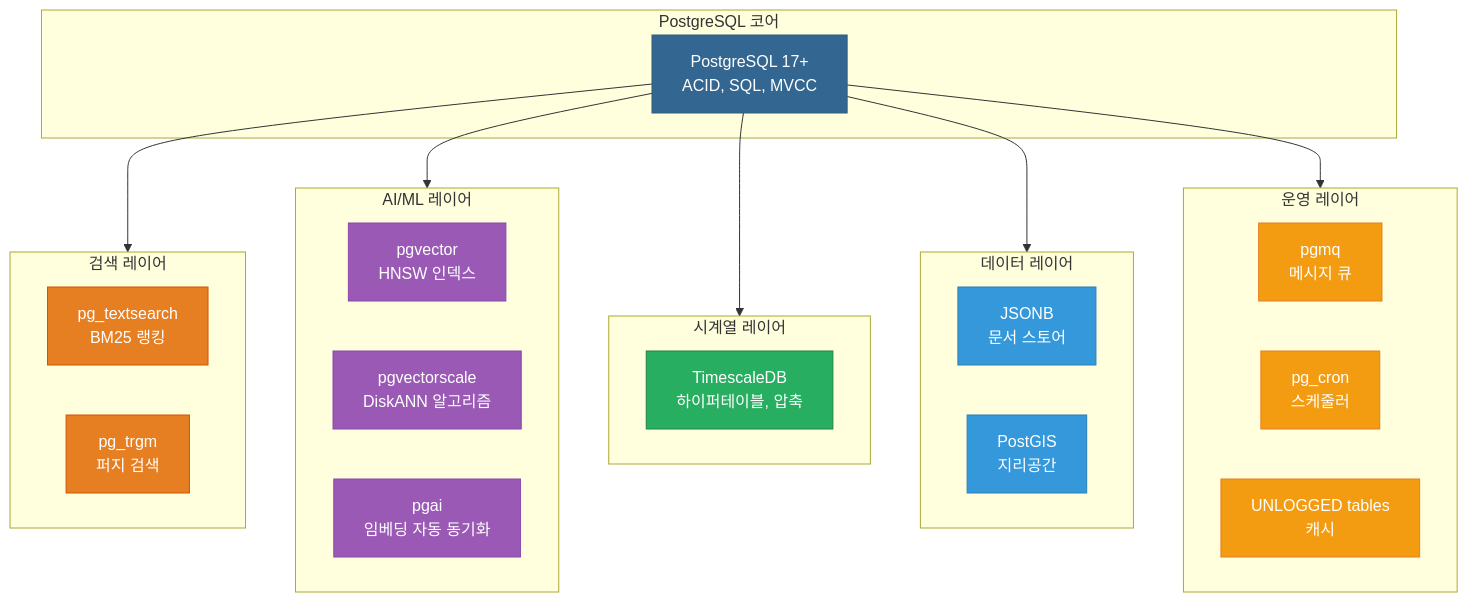
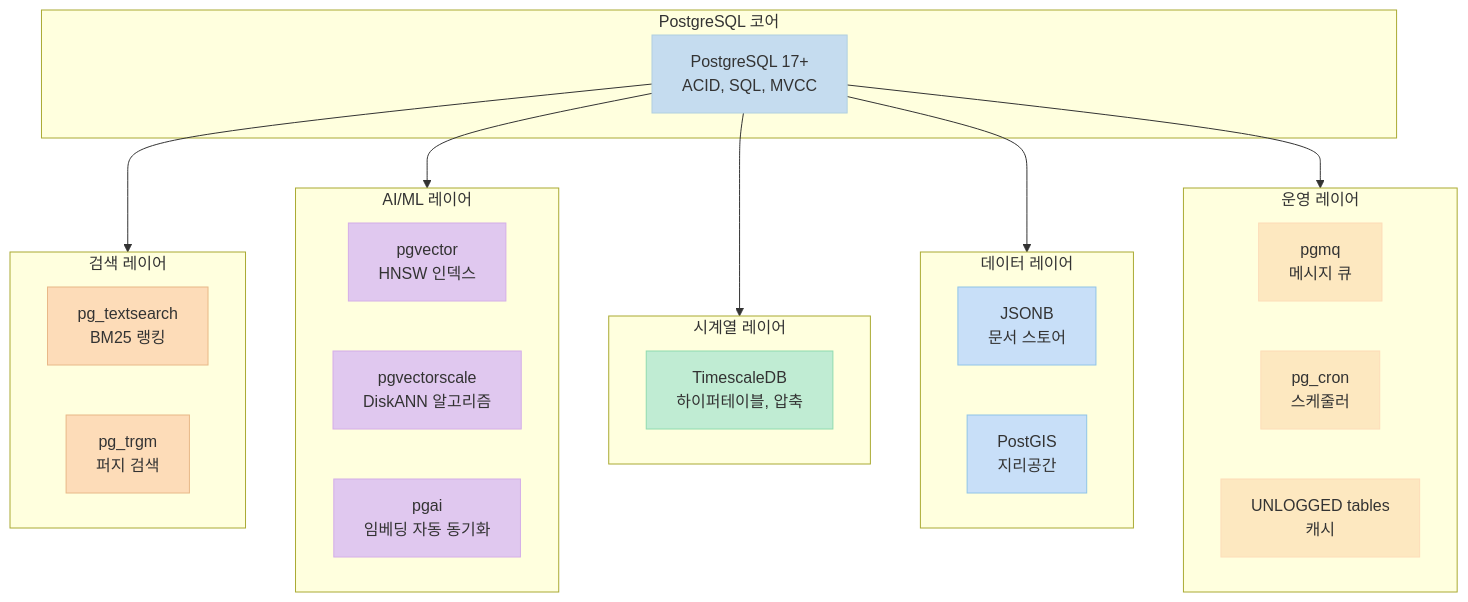
The eighth of 8 diagrams in content/post/2026/2026-03-08-just-use-postgres-2026.md (gyuha/blog), drawn with Mermaid before and after one commit. The commit also changed other lines of this file and 1 other file, not shown here.

````diff
--- a/content/post/2026/2026-03-08-just-use-postgres-2026.md
+++ b/content/post/2026/2026-03-08-just-use-postgres-2026.md
@@ -705,51 +705,51 @@
 ```mermaid
 flowchart TD
     subgraph Core["PostgreSQL 코어"]
         PG["PostgreSQL 17+<br>ACID, SQL, MVCC"]
     end
 
     subgraph Search["검색 레이어"]
         FTS["pg_textsearch<br>BM25 랭킹"]
         TRG["pg_trgm<br>퍼지 검색"]
     end
 
     subgraph AI["AI/ML 레이어"]
         VEC["pgvector<br>HNSW 인덱스"]
         VCS["pgvectorscale<br>DiskANN 알고리즘"]
         PAI["pgai<br>임베딩 자동 동기화"]
     end
 
     subgraph TimeSeries["시계열 레이어"]
         TSB["TimescaleDB<br>하이퍼테이블, 압축"]
     end
 
     subgraph Data["데이터 레이어"]
         JSON["JSONB<br>문서 스토어"]
         GIS["PostGIS<br>지리공간"]
     end
 
     subgraph Ops["운영 레이어"]
         MQ["pgmq<br>메시지 큐"]
         CRON["pg_cron<br>스케줄러"]
         UNL["UNLOGGED tables<br>캐시"]
     end
 
     PG --> Search
     PG --> AI
     PG --> TimeSeries
     PG --> Data
     PG --> Ops
 
-    classDef core fill:#336791,color:#fff,stroke:#2c5f7c
-    classDef search fill:#e67e22,color:#fff,stroke:#d35400
-    classDef ai fill:#9b59b6,color:#fff,stroke:#8e44ad
-    classDef ts fill:#27ae60,color:#fff,stroke:#1e8449
-    classDef data fill:#3498db,color:#fff,stroke:#2980b9
-    classDef ops fill:#f39c12,color:#fff,stroke:#e67e22
+    classDef core fill:#c5dcef,color:#333,stroke:#b0cfe0
+    classDef search fill:#fddcb8,color:#333,stroke:#e8b888
+    classDef ai fill:#e0c8ef,color:#333,stroke:#d4aee8
+    classDef ts fill:#c0ecd3,color:#333,stroke:#90dbb0
+    classDef data fill:#c8dff8,color:#333,stroke:#90c4e8
+    classDef ops fill:#fde8c0,color:#333,stroke:#fddcb8
     class PG core
     class FTS,TRG search
     class VEC,VCS,PAI ai
     class TSB ts
     class JSON,GIS data
     class MQ,CRON,UNL ops
 ```
````
